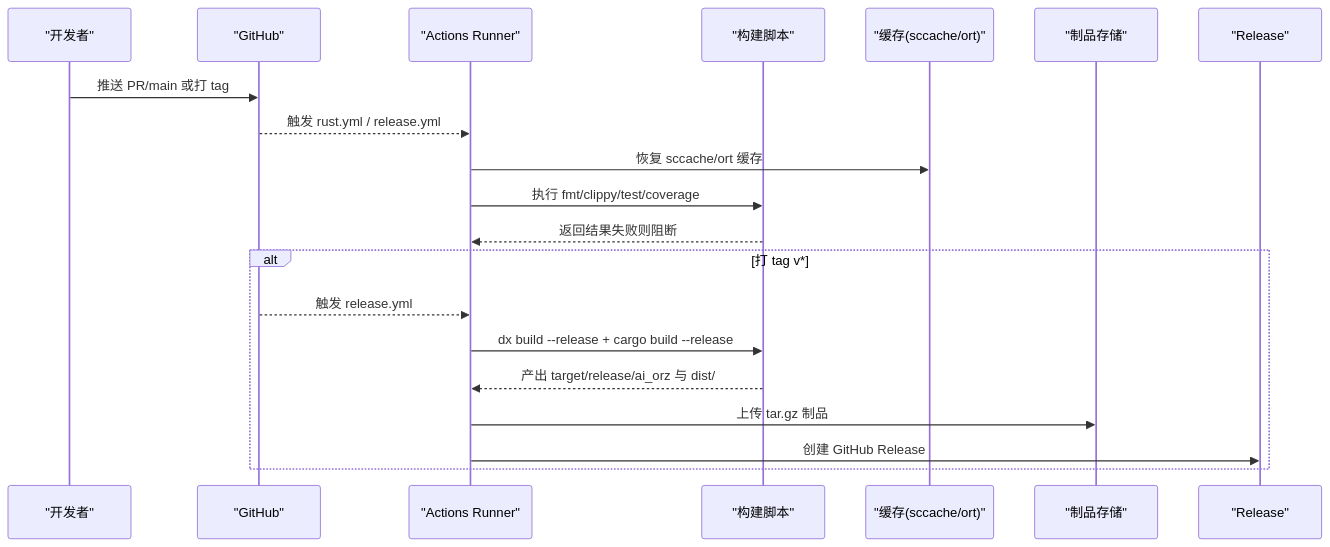
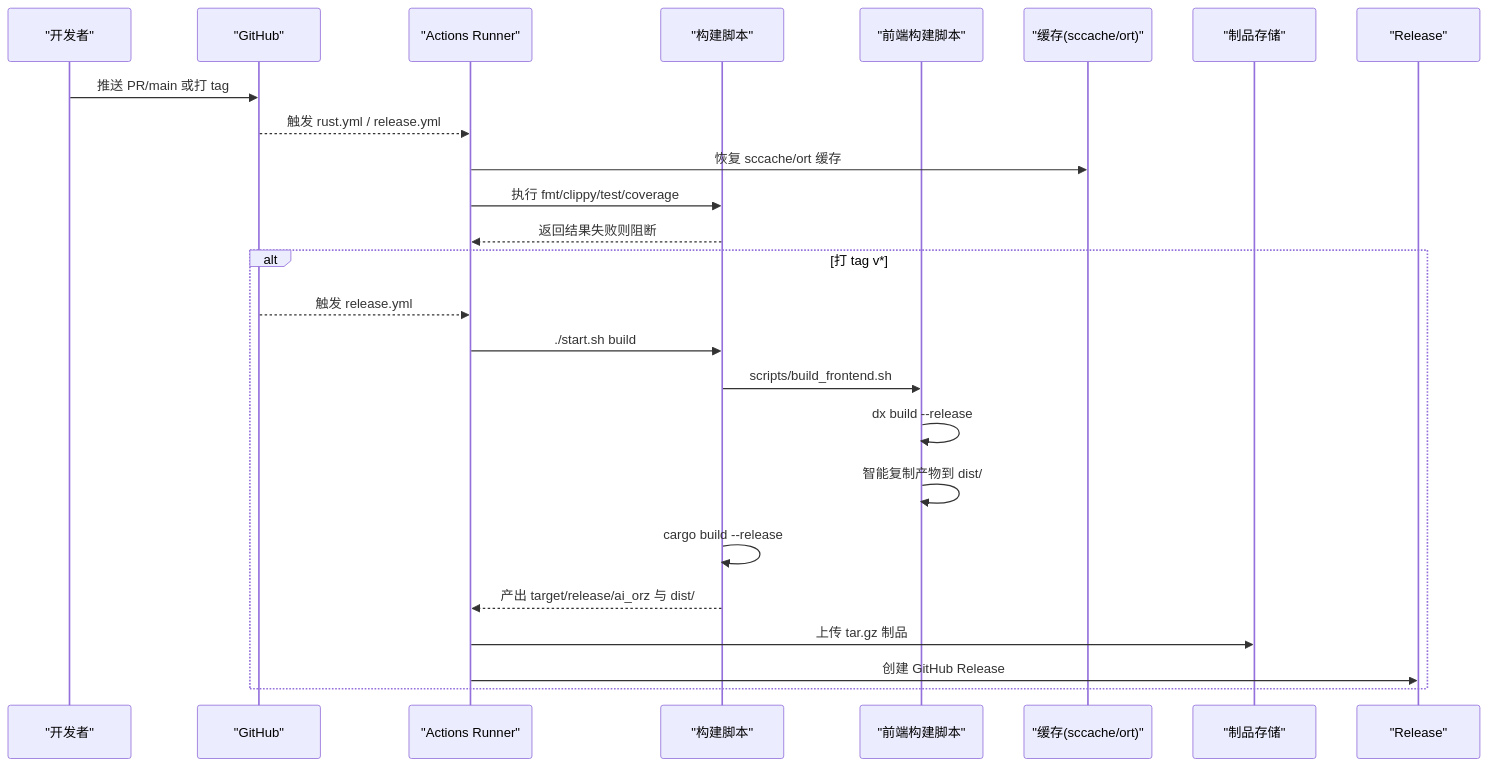
The second of 7 diagrams in .qoder/repowiki/zh/content/基础设施/持续集成与发布工作流.md (runningcoders/ai_orz), drawn with Mermaid before and after one commit. The commit also changed other lines of this file and 133 other files, not shown here.

````diff
--- a/.qoder/repowiki/zh/content/基础设施/持续集成与发布工作流.md
+++ b/.qoder/repowiki/zh/content/基础设施/持续集成与发布工作流.md
@@ -91,22 +113,27 @@
 ```mermaid
 sequenceDiagram
 participant Dev as "开发者"
 participant GH as "GitHub"
 participant CI as "Actions Runner"
 participant Build as "构建脚本"
+participant FE as "前端构建脚本"
 participant Cache as "缓存(sccache/ort)"
 participant Art as "制品存储"
 participant Rel as "Release"
 Dev->>GH : 推送 PR/main 或打 tag
 GH-->>CI : 触发 rust.yml / release.yml
 CI->>Cache : 恢复 sccache/ort 缓存
 CI->>Build : 执行 fmt/clippy/test/coverage
 Build-->>CI : 返回结果失败则阻断
 alt 打 tag v*
 GH-->>CI : 触发 release.yml
-CI->>Build : dx build --release + cargo build --release
+CI->>Build : ./start.sh build
+Build->>FE : scripts/build_frontend.sh
+FE->>FE : dx build --release
+FE->>FE : 智能复制产物到 dist/
+Build->>Build : cargo build --release
 Build-->>CI : 产出 target/release/ai_orz 与 dist/
 CI->>Art : 上传 tar.gz 制品
 CI->>Rel : 创建 GitHub Release
 end
 ```
````
